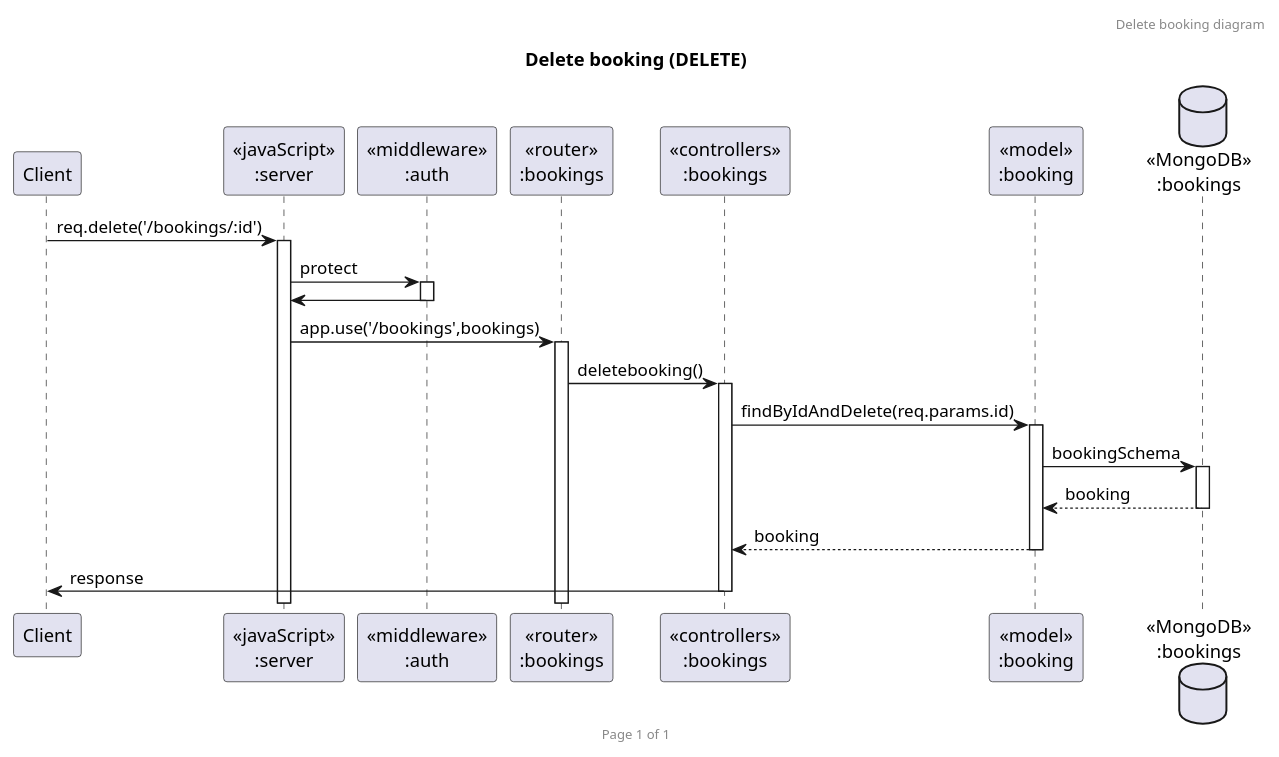
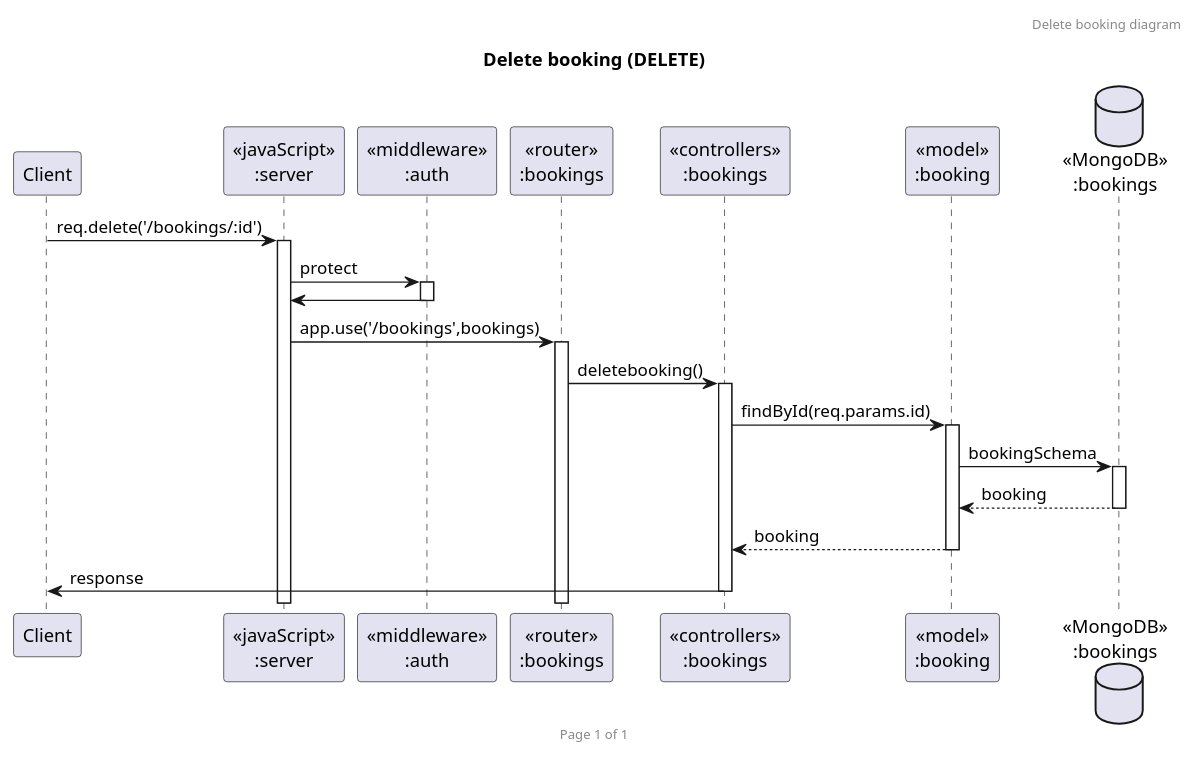
Before and after one commit to 2110503TACEDT66/presentation-day-1-samrongsquad: the diagram in Puml/deleteBooking.puml, drawn with PlantUML. The commit also changed 2 other files, not shown here.

```diff
--- a/Puml/deleteBooking.puml
+++ b/Puml/deleteBooking.puml
@@ -1,26 +1,26 @@
 @startuml Delete booking (DELETE)
 
 header Delete booking diagram
 footer Page %page% of %lastpage%
 title "Delete booking (DELETE)"
 
 participant "Client" as client
 participant "<<javaScript>>\n:server" as server
 participant "<<middleware>>\n:auth" as middlewareAuth
 participant "<<router>>\n:bookings" as routerbookings
 participant "<<controllers>>\n:bookings" as controllersbookings
 participant "<<model>>\n:booking" as modelbooking
 database "<<MongoDB>>\n:bookings" as bookingsDatabase
 
 client->server ++:req.delete('/bookings/:id')
 server->middlewareAuth ++:protect
 middlewareAuth->server --:
 server->routerbookings ++:app.use('/bookings',bookings)
 routerbookings -> controllersbookings ++:deletebooking()
-controllersbookings->modelbooking ++:findByIdAndDelete(req.params.id)
+controllersbookings->modelbooking ++:findById(req.params.id)
 modelbooking ->bookingsDatabase ++: bookingSchema
 bookingsDatabase --> modelbooking --: booking
 controllersbookings <-- modelbooking --:booking
 controllersbookings->client --:response
 
 @enduml
```
